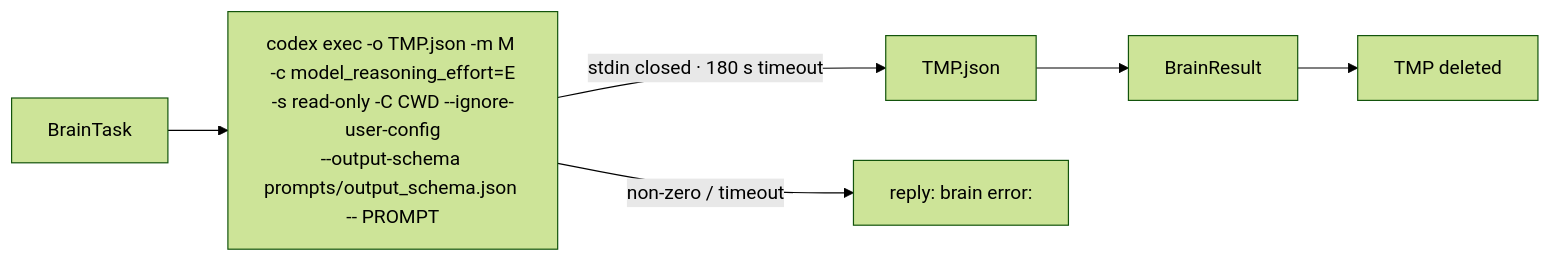
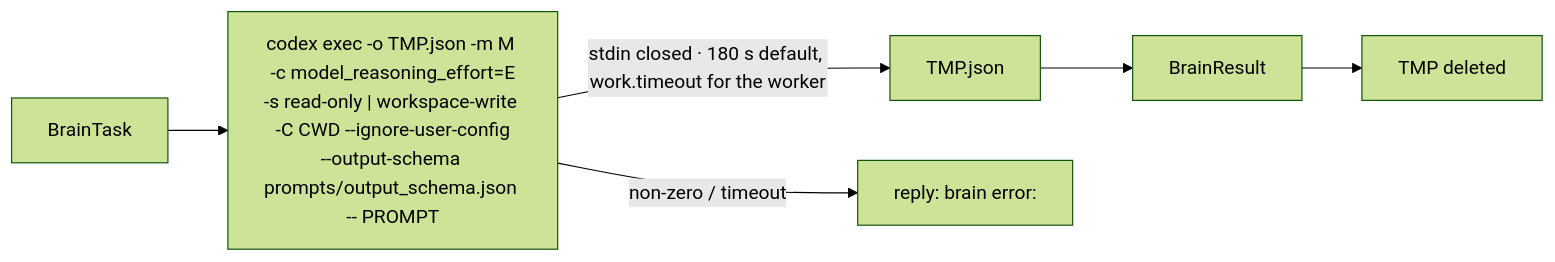
Before and after one commit to vovka/mentor-bot: the seventh of 19 diagrams in docs/ARCHITECTURE.md, drawn with Mermaid (forest theme). The commit also changed other lines of this file and 8 other files, not shown here.

````diff
--- a/docs/ARCHITECTURE.md
+++ b/docs/ARCHITECTURE.md
@@ -135,7 +172,7 @@
 ```mermaid
 flowchart LR
-  T[BrainTask] --> CMD["codex exec -o TMP.json -m M -c model_reasoning_effort=E<br/>-s read-only -C CWD --ignore-user-config<br/>--output-schema prompts/output_schema.json -- PROMPT"]
-  CMD -- "stdin closed · 180 s timeout" --> TMP[TMP.json]
+  T[BrainTask] --> CMD["codex exec -o TMP.json -m M -c model_reasoning_effort=E<br/>-s read-only | workspace-write -C CWD --ignore-user-config<br/>--output-schema prompts/output_schema.json -- PROMPT"]
+  CMD -- "stdin closed · 180 s default, work.timeout for the worker" --> TMP[TMP.json]
   TMP --> R[BrainResult] --> DEL[TMP deleted]
   CMD -- "non-zero / timeout" --> ERR["reply: brain error: <stderr tail>"]
 ```
````
